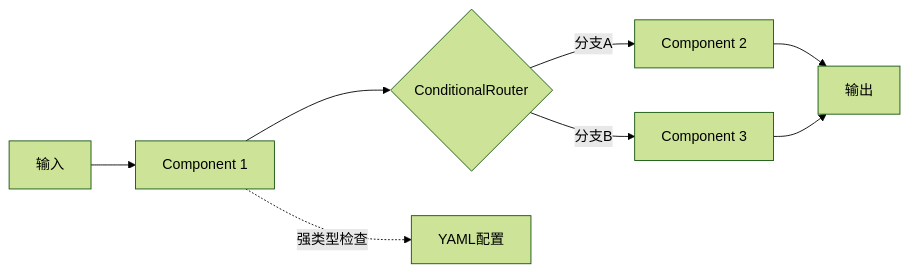
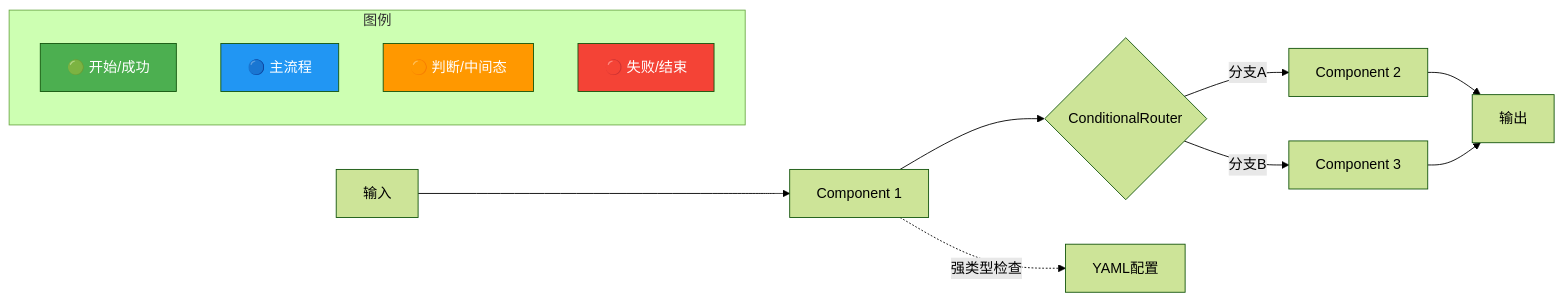
The diagram in questions/ai-harness/ai-h-004.md (SunArthur86/interview-2026), drawn with Mermaid (forest theme) before and after one commit. The commit also changed other lines of this file and 3180 other files, not shown here.

First line of the commit message:
Mermaid颜色增强99% + 面试频率分类(高频1571/中频1115/低频461)

````diff
--- a/questions/ai-harness/ai-h-004.md
+++ b/questions/ai-harness/ai-h-004.md
@@ -96,10 +97,31 @@
 ```mermaid
 flowchart LR
+    classDef start fill:#4CAF50,color:#fff
+    classDef process fill:#2196F3,color:#fff
+    classDef decision fill:#FF9800,color:#fff
+    classDef special fill:#9C27B0,color:#fff
+    classDef error fill:#f44336,color:#fff
+    classDef info fill:#607D8B,color:#fff
+    class Comp1 start
+    class Comp2 process
+    class Comp3 decision
+    class Component special
+    class ConditionalRouter error
+    class Input info
+    class Output start
+    class Router process
+    class YAML decision
     Input[输入] --> Comp1[Component 1]
     Comp1 --> Router{ConditionalRouter}
     Router -->|分支A| Comp2[Component 2]
     Router -->|分支B| Comp3[Component 3]
     Comp2 --> Output[输出]
     Comp3 --> Output
     Comp1 -.->|强类型检查| YAML[YAML配置]
+    subgraph Legend["图例"]
+        L1["🟢 开始/成功"]:::start
+        L2["🔵 主流程"]:::process
+        L3["🟠 判断/中间态"]:::decision
+        L4["🔴 失败/结束"]:::error
+    end
 ```
````
